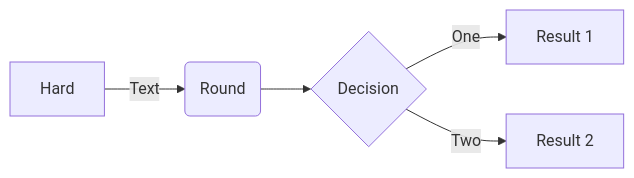
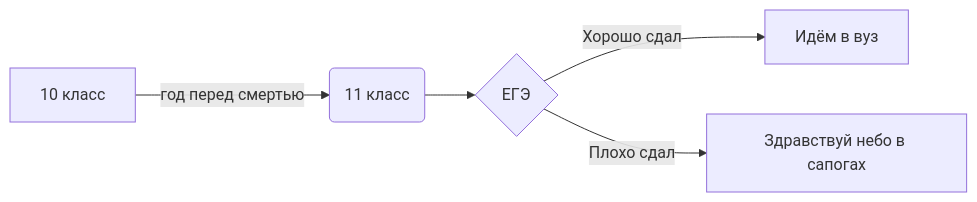
One commit to VladOsIkkkk/Reposit142 changed the diagram in README.md. Above: the diagram before and after it, drawn with Mermaid.

````diff
--- a/README.md
+++ b/README.md
@@ -39,8 +39,8 @@
 ```mermaid
 flowchart LR
 
-A[Hard] -->|Text| B(Round)
-B --> C{Decision}
-C -->|One| D[Result 1]
-C -->|Two| E[Result 2]
+A[10 класс] -->|год перед смертью| B(11 класс)
+B --> C{ЕГЭ}
+C -->|Хорошо сдал| D[Идём в вуз]
+C -->|Плохо сдал| E[Здравствуй небо в сапогах]
 ```
````
